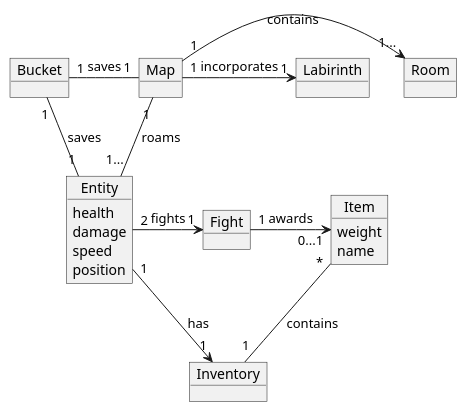
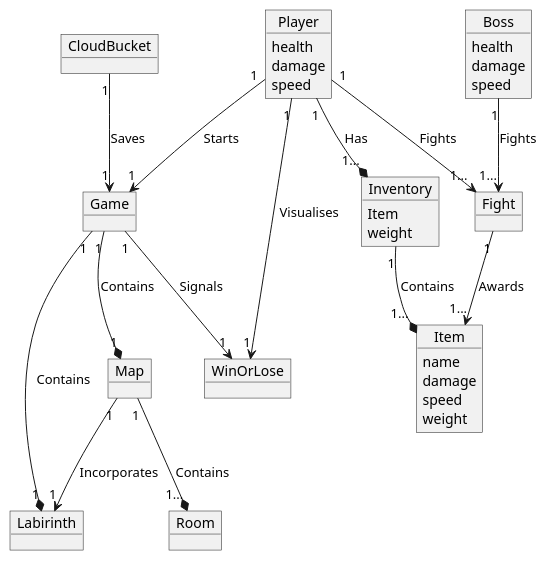
Before and after one commit to 1smaa/progettoedids: the diagram in Domain_model.md, drawn with PlantUML. The commit also changed other lines of this file, not shown here.

````diff
--- a/Domain_model.md
+++ b/Domain_model.md
@@ -6,29 +7,45 @@
 ```plantuml
 @startuml
-object Entity{
-health
-damage
-speed
-position
+object Player {
+    health
+    damage
+    speed
 }
-object Fight
-object Item{
-weight
-name
+object Boss {
+    health
+    damage
+    speed
 }
-object Bucket
-object Map
-object Room
-object Labirinth
-object Inventory
-Entity "1"-left>"1" Inventory: has
-Inventory "1"-up-"*" Item : contains
-Map "1"->"1..." Room : contains
-Fight"1"->"0...1" Item: awards
-Entity "2"->"1" Fight: fights
-Entity "1..."-up-"1" Map: roams
-Bucket "1"-"1" Map: saves
-Bucket "1"-"1" Entity: saves
-Map "1"->"1" Labirinth: incorporates
+object Inventory {
+    Item
+    weight
+}
+Object Item {
+    name
+    damage
+    speed
+    weight
+}
+Object Labirinth 
+Object Game
+Object Map
+Object Room
+Object CloudBucket
+Object Fight
+Object WinOrLose
+
+Game "1" --* "1" Labirinth : Contains
+Game "1" --* "1" Map : Contains
+Map "1" --* "1..." Room : Contains
+Map "1" --> "1" Labirinth : Incorporates
+Inventory "1" --* "1..." Item : Contains
+Player "1" --> "1..." Fight : Fights
+Boss "1" --> "1..." Fight : Fights
+Player "1" --* "1..." Inventory : Has
+Fight "1" --> "1..." Item : Awards
+Player "1" --> "1" Game : Starts
+Game "1" --> "1" WinOrLose : Signals
+Player "1" --> "1" WinOrLose : Visualises
+CloudBucket "1" --> "1" Game : Saves
 @enduml
 ```
````
